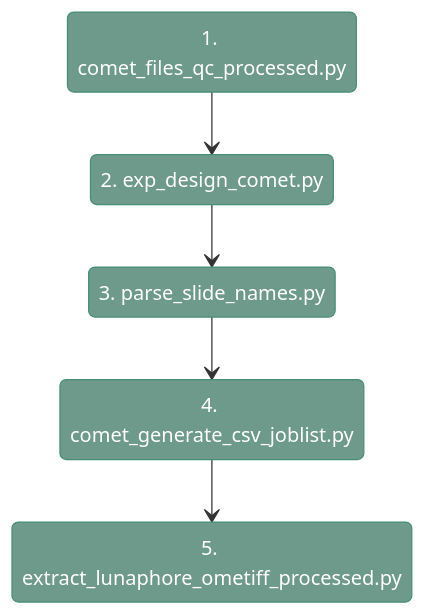
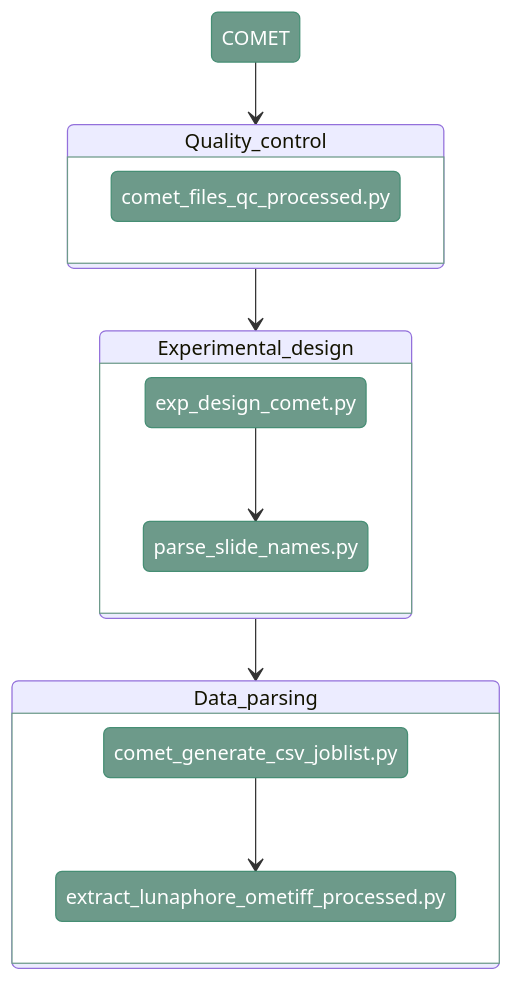
Before and after one commit to antoranzlab/DISSCOvery: the diagram in docs/01_COMET_parser.md, drawn with Mermaid. The commit also changed other lines of this file and 34 other files, not shown here.

````diff
--- a/docs/01_COMET_parser.md
+++ b/docs/01_COMET_parser.md
@@ -36,15 +6,28 @@
 ```mermaid
 stateDiagram-v2
     classDef coloring fill:#6d9a8a, stroke:#468e74, color:#ffffff
-    1 --> 2
-    1: 1. comet_files_qc_processed.py
-    2: 2. exp_design_comet.py
-    2 --> 3
-    3: 3. parse_slide_names.py
-    3 --> 4
-    4: 4. comet_generate_csv_joblist.py
-    4 --> 5
-    5: 5. extract_lunaphore_ometiff_processed.py
+    classDef coloring2 fill:#ffffff, stroke:#6d9a8a
+
+    COMET --> Quality_control
+    Quality_control --> Experimental_design
+    Experimental_design --> Data_parsing
+
+
+    state Quality_control{
+          COMET_qc: comet_files_qc_processed.py
+        }
+    state Experimental_design{
+          COMET_exp_design --> slides
+          COMET_exp_design: exp_design_comet.py
+          slides: parse_slide_names.py
+        }
+    state Data_parsing{
+          parsing_job --> parsing
+          parsing_job: comet_generate_csv_joblist.py
+          parsing: extract_lunaphore_ometiff_processed.py
+        }
+
     
-    class 1,2,3,4, 5 coloring
+    class COMET, COMET_qc, COMET_exp_design, parsing_job, slides, parsing coloring
+    class Data_parsing, Quality_control,  Experimental_design coloring2
 ```
````
